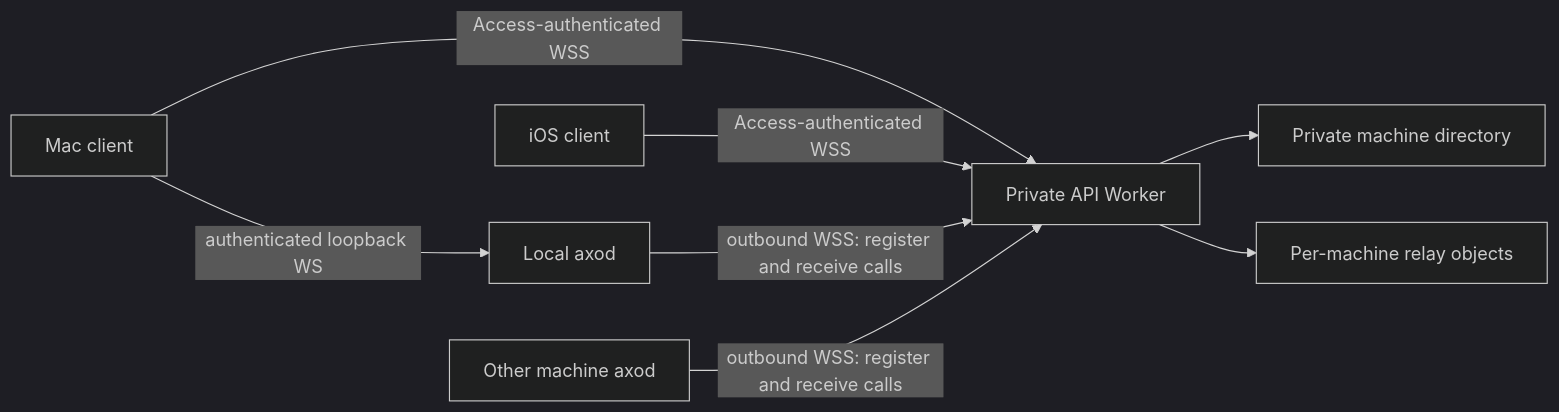
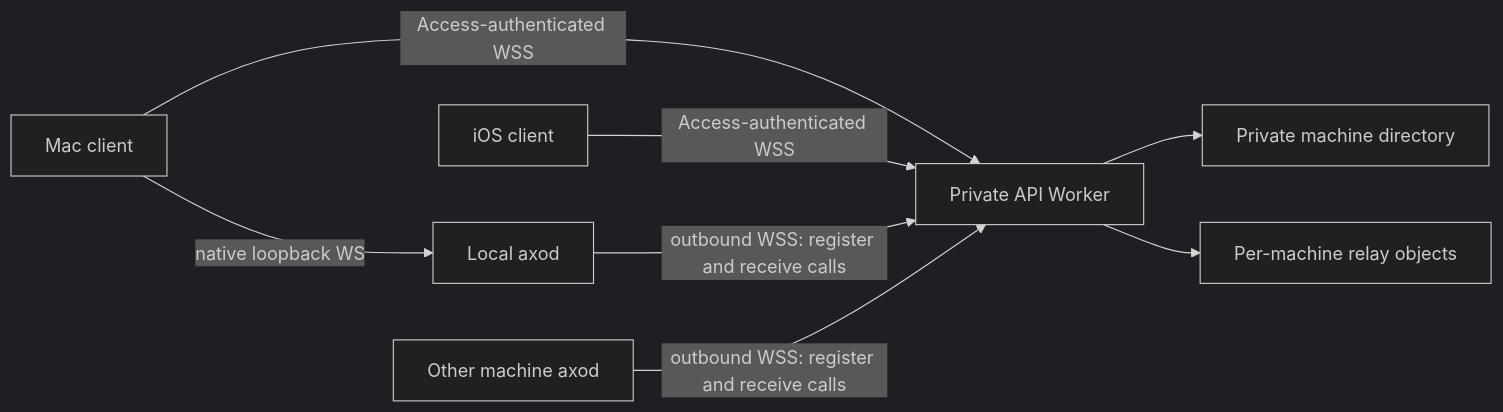
The diagram in docs/rfds/RFD0008-private-multi-machine-control-plane.md (leostera/axo), drawn with Mermaid (dark theme) before and after one commit. The commit also changed other lines of this file and 2 other files, not shown here.

````diff
--- a/docs/rfds/RFD0008-private-multi-machine-control-plane.md
+++ b/docs/rfds/RFD0008-private-multi-machine-control-plane.md
@@ -104,10 +108,10 @@
 ```mermaid
 flowchart LR
-    Mac[Mac client] -->|authenticated loopback WS| A[Local axod]
+    Mac[Mac client] -->|native loopback WS| A[Local axod]
     Mac -->|Access-authenticated WSS| API[Private API Worker]
     Phone[iOS client] -->|Access-authenticated WSS| API
     A -->|outbound WSS: register and receive calls| API
     B[Other machine axod] -->|outbound WSS: register and receive calls| API
     API --> Directory[Private machine directory]
     API --> Relays[Per-machine relay objects]
 ```
````
